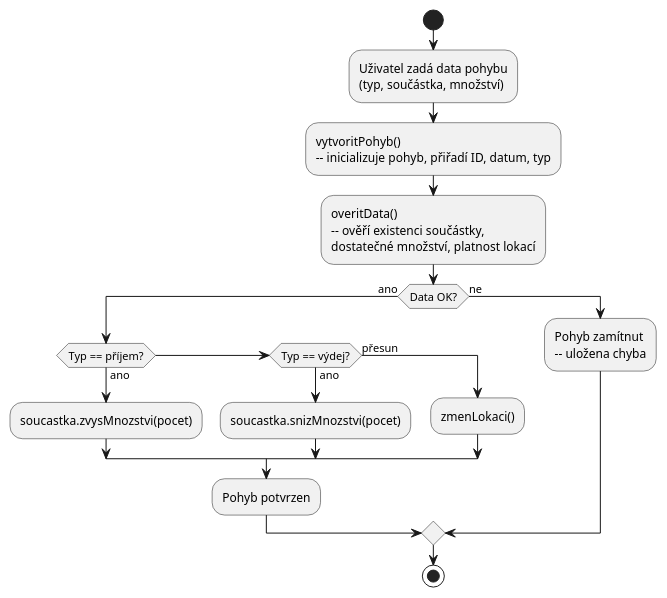
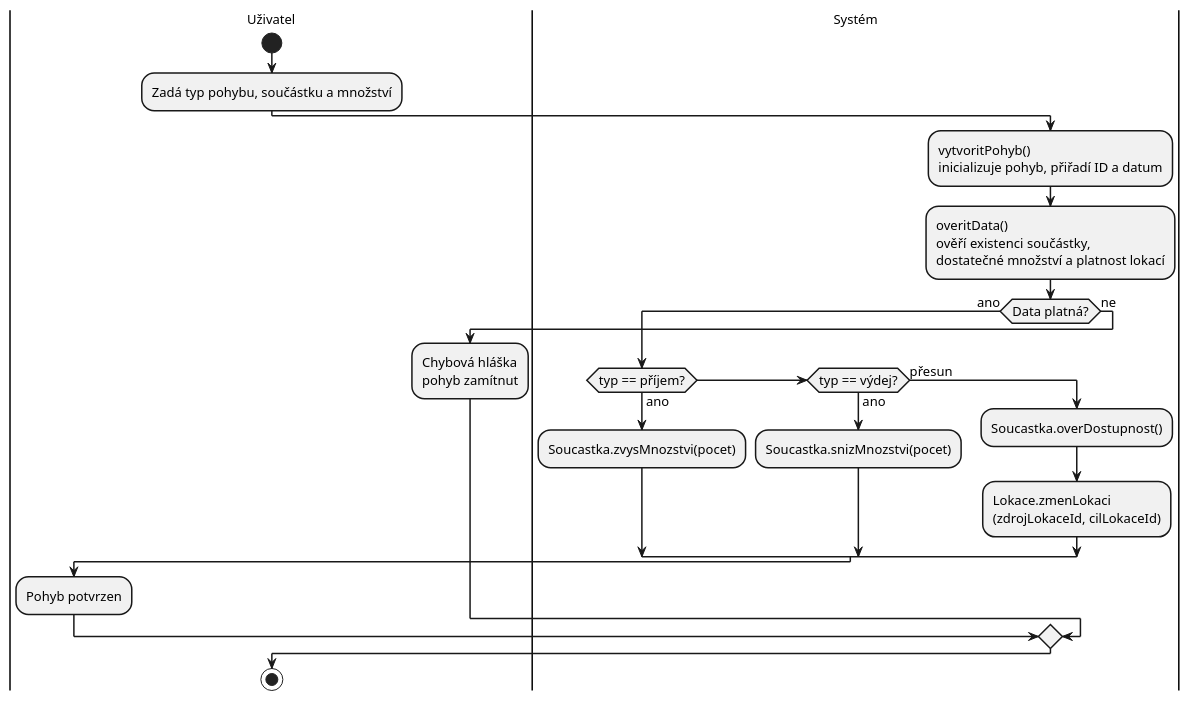
One commit to lkvapil/wms-elektronicke-soucastky changed the diagram in diagrams/12_activity_wms.puml. Above: the diagram before and after it, drawn with PlantUML. The commit also changed 2 other files, not shown here.

Commit message:
docs: přepracování activity diagramu se swim lanes

```diff
--- a/diagrams/12_activity_wms.puml
+++ b/diagrams/12_activity_wms.puml
@@ -1,29 +1,35 @@
 @startuml
+skinparam defaultFontSize 13
+skinparam ActivityBorderThickness 1.5
+skinparam ArrowThickness 1.5
 
+|Uživatel|
 start
+:Zadá typ pohybu, součástku a množství;
 
-:Uživatel zadá data pohybu\n(typ, součástka, množství);
+|Systém|
+:vytvoritPohyb()\ninicializuje pohyb, přiřadí ID a datum;
 
-:vytvoritPohyb()\n-- inicializuje pohyb, přiřadí ID, datum, typ;
+:overitData()\nověří existenci součástky,\ndostatečné množství a platnost lokací;
 
-:overitData()\n-- ověří existenci součástky,\ndostatečné množství, platnost lokací;
+if (Data platná?) then (ano)
 
-if (Data OK?) then (ano)
-
-  if (Typ == příjem?) then (ano)
-    :soucastka.zvysMnozstvi(pocet);
-  elseif (Typ == výdej?) then (ano)
-    :soucastka.snizMnozstvi(pocet);
+  if (typ == příjem?) then (ano)
+    :Soucastka.zvysMnozstvi(pocet);
+  elseif (typ == výdej?) then (ano)
+    :Soucastka.snizMnozstvi(pocet);
   else (přesun)
-    :zmenLokaci();
+    :Soucastka.overDostupnost();
+    :Lokace.zmenLokaci\n(zdrojLokaceId, cilLokaceId);
   endif
 
+  |Uživatel|
   :Pohyb potvrzen;
 
 else (ne)
-  :Pohyb zamítnut\n-- uložena chyba;
+  |Uživatel|
+  :Chybová hláška\npohyb zamítnut;
 endif
 
 stop
-
 @enduml
```
